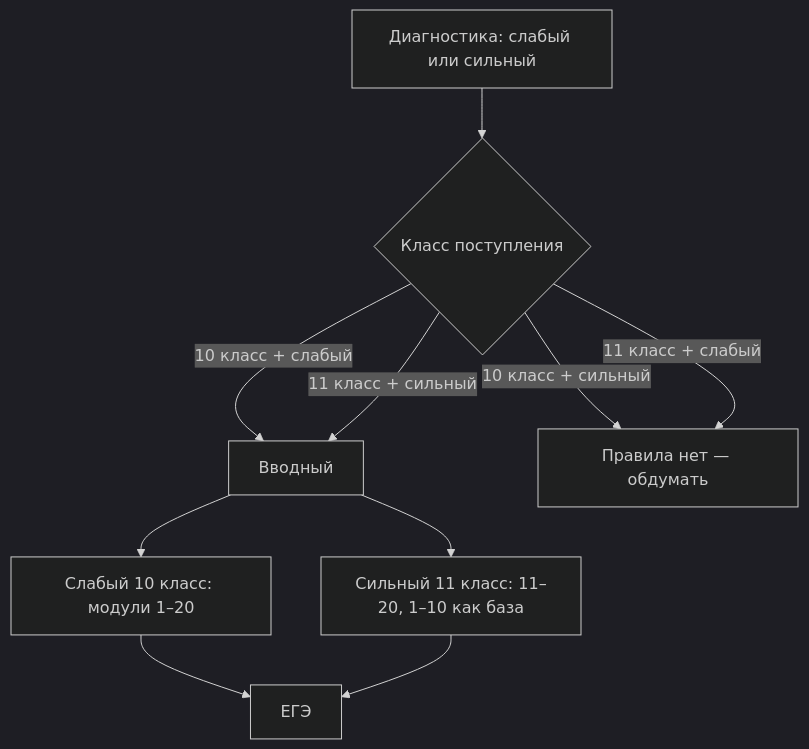
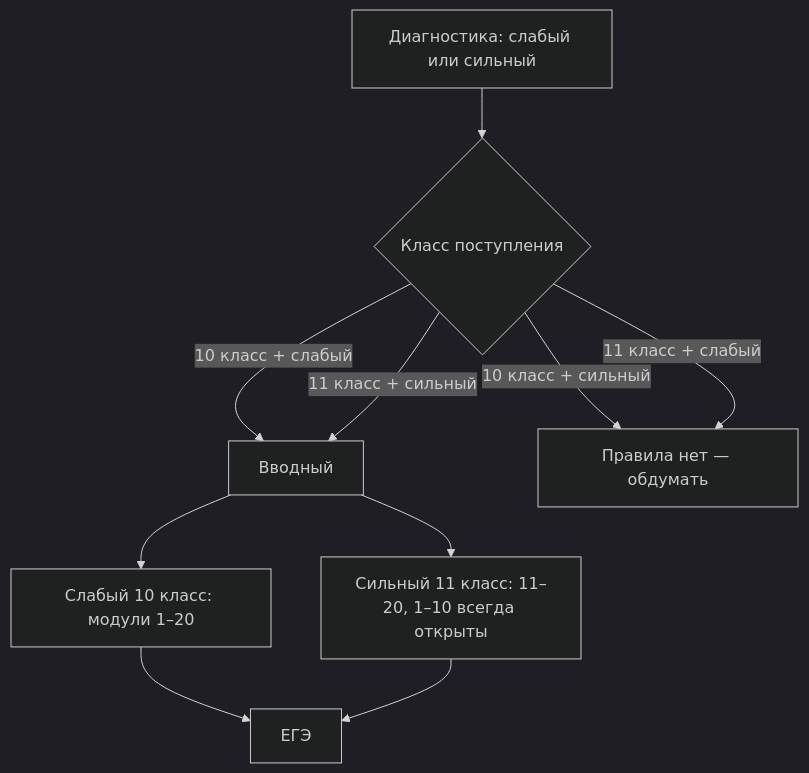
Before and after one commit to munlightshadow/music: the diagram in ege-english-course/README.md, drawn with Mermaid (dark theme). The commit also changed other lines of this file and 55 other files, not shown here.

````diff
--- a/ege-english-course/README.md
+++ b/ege-english-course/README.md
@@ -24,12 +24,12 @@
 ```mermaid
 flowchart TD
   A[Диагностика: слабый или сильный] --> B{Класс поступления}
   B -->|10 класс + слабый| C[Вводный]
   B -->|11 класс + сильный| C
   B -->|10 класс + сильный| Q[Правила нет — обдумать]
   B -->|11 класс + слабый| Q
   C --> D[Слабый 10 класс: модули 1–20]
-  C --> E[Сильный 11 класс: 11–20, 1–10 как база]
+  C --> E[Сильный 11 класс: 11–20, 1–10 всегда открыты]
   D --> F[ЕГЭ]
   E --> F
 ```
````
